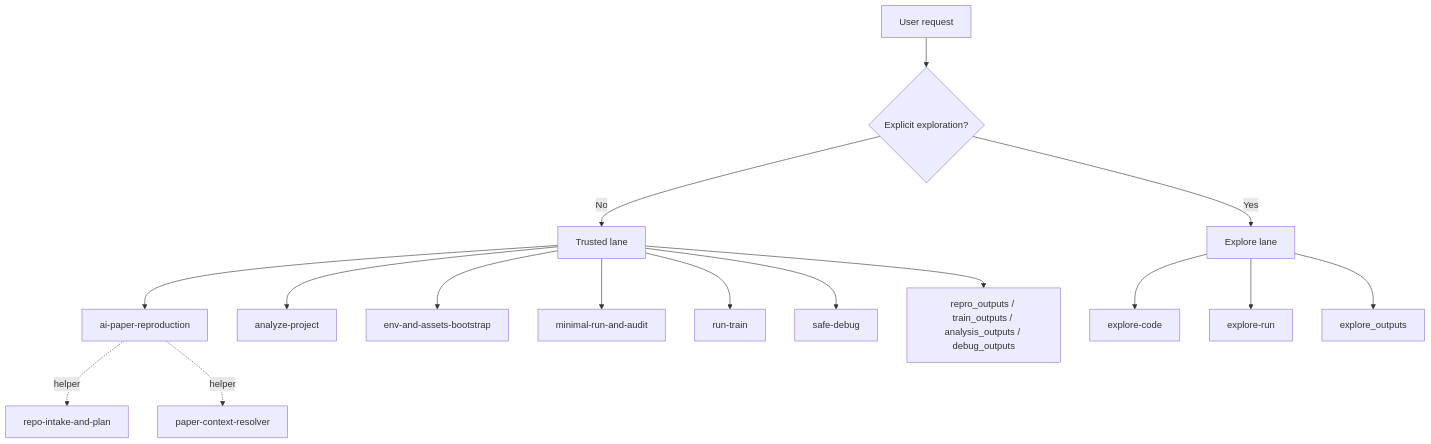
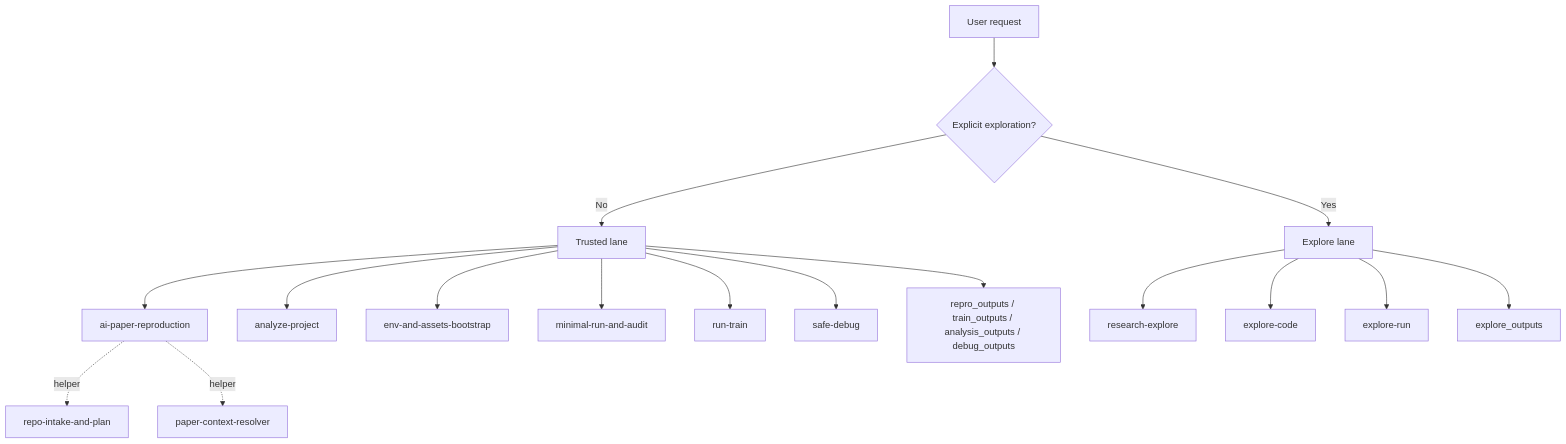
One commit to lllllllama/ai-paper-reproduction-skills changed the first of 2 diagrams in README.md. Above: the diagram before and after it, drawn with Mermaid. The commit also changed other lines of this file and 23 other files, not shown here.

First line of the commit message:
feat: introduce research-explore orchestrator for exploratory iteration on current research

````diff
--- a/README.md
+++ b/README.md
@@ -44,22 +45,23 @@
 ```mermaid
 flowchart TD
     A[User request] --> B{Explicit exploration?}
     B -- No --> C[Trusted lane]
     B -- Yes --> D[Explore lane]
 
     C --> C1[ai-paper-reproduction]
     C --> C2[analyze-project]
     C --> C3[env-and-assets-bootstrap]
     C --> C4[minimal-run-and-audit]
     C --> C5[run-train]
     C --> C6[safe-debug]
 
-    D --> D1[explore-code]
-    D --> D2[explore-run]
+    D --> D1[research-explore]
+    D --> D2[explore-code]
+    D --> D3[explore-run]
 
     C1 -. helper .-> H1[repo-intake-and-plan]
     C1 -. helper .-> H2[paper-context-resolver]
 
     C --> O1[repro_outputs / train_outputs / analysis_outputs / debug_outputs]
     D --> O2[explore_outputs]
 ```
````
